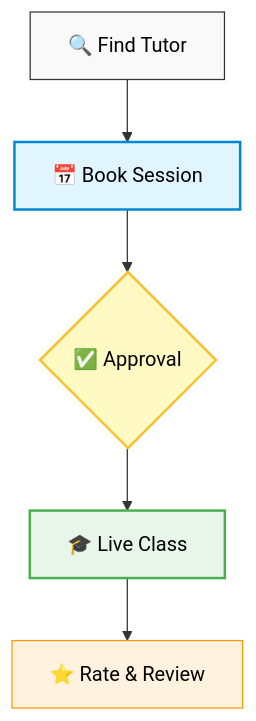
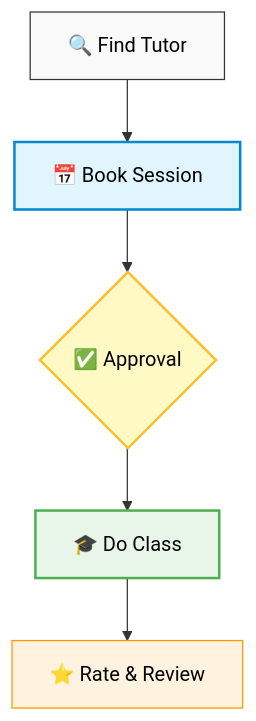
Before and after one commit to SkillexSJ/SkillBridge-Frontend: the diagram in README.md, drawn with Mermaid. The commit also changed other lines of this file and 1 other file, not shown here.

````diff
--- a/README.md
+++ b/README.md
@@ -114,13 +112,13 @@
 ```mermaid
 graph TD
     A[🔍 Find Tutor] --> B[📅 Book Session]
     B --> C{✅ Approval}
-    C --> D[🎓 Live Class]
+    C --> D[🎓 Do Class]
     D --> E[⭐ Rate & Review]
 
     style A fill:#f9f9f9,stroke:#333,stroke-width:1px,color:#000
     style B fill:#e1f5fe,stroke:#0288d1,stroke-width:2px,color:#000
     style C fill:#fff9c4,stroke:#fbc02d,stroke-width:2px,color:#000
     style D fill:#e8f5e9,stroke:#4caf50,stroke-width:2px,color:#000
     style E fill:#fff3e0,stroke:#ff9800,stroke-width:1px,color:#000
 ```
````
